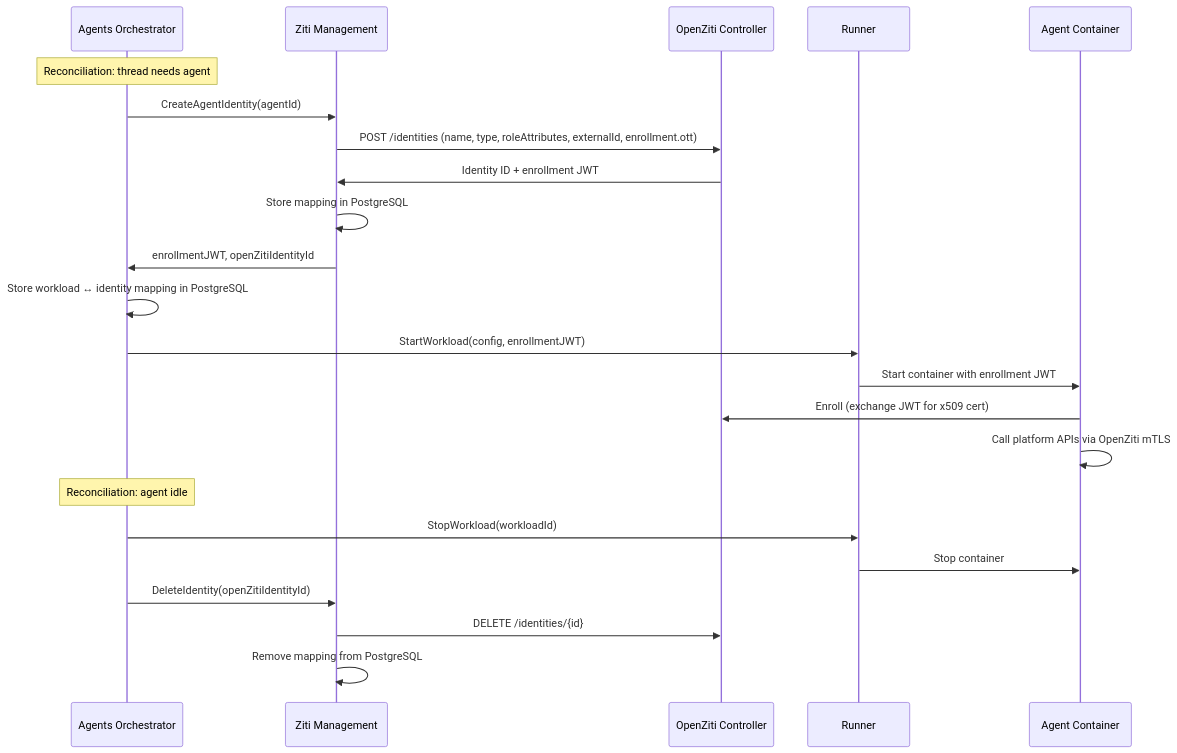
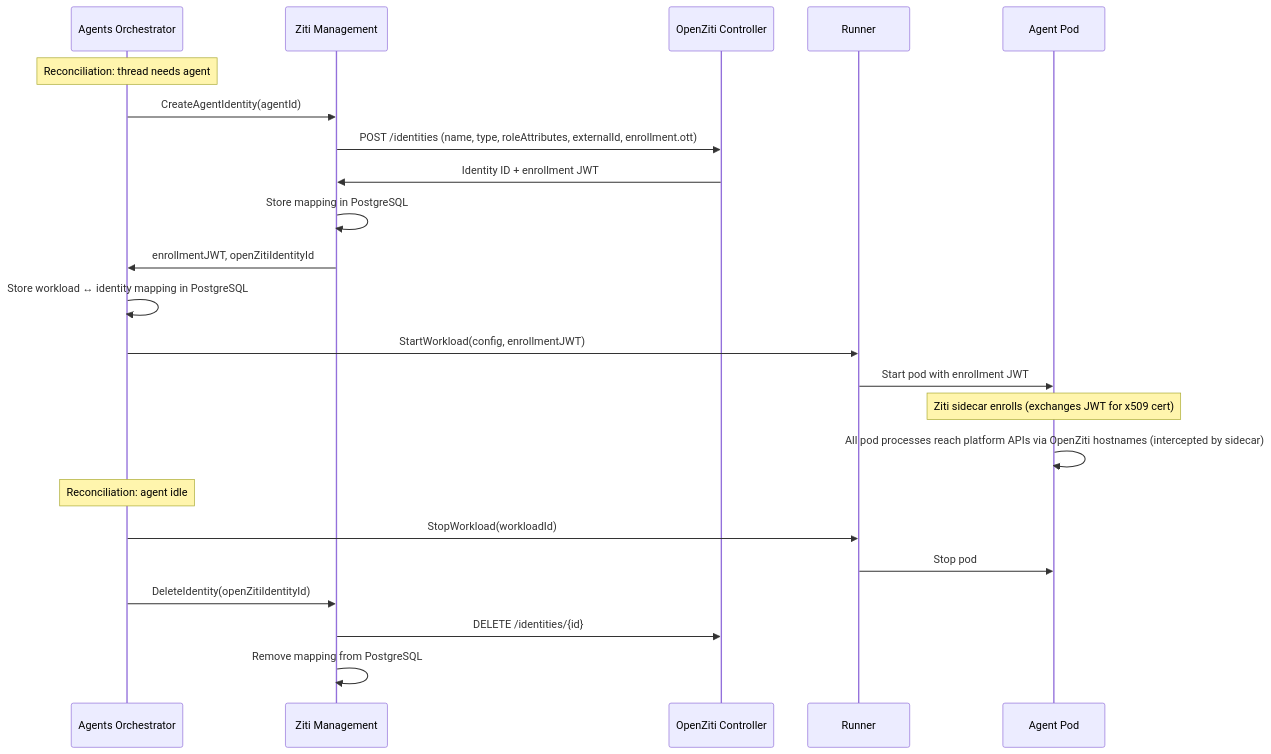
The first of 5 diagrams in architecture/openziti.md (agynio/architecture), drawn with Mermaid before and after one commit. The commit also changed other lines of this file and 11 other files, not shown here.

First line of the commit message:
fix: agent containers use Ziti sidecar instead of embedded SDK (#83)

````diff
--- a/architecture/openziti.md
+++ b/architecture/openziti.md
@@ -98,27 +102,27 @@
 ```mermaid
 sequenceDiagram
     participant O as Agents Orchestrator
     participant ZM as Ziti Management
     participant ZC as OpenZiti Controller
     participant R as Runner
-    participant A as Agent Container
+    participant A as Agent Pod
 
     Note over O: Reconciliation: thread needs agent
     O->>ZM: CreateAgentIdentity(agentId)
     ZM->>ZC: POST /identities (name, type, roleAttributes, externalId, enrollment.ott)
     ZC->>ZM: Identity ID + enrollment JWT
     ZM->>ZM: Store mapping in PostgreSQL
     ZM->>O: enrollmentJWT, openZitiIdentityId
     O->>O: Store workload ↔ identity mapping in PostgreSQL
     O->>R: StartWorkload(config, enrollmentJWT)
-    R->>A: Start container with enrollment JWT
-    A->>ZC: Enroll (exchange JWT for x509 cert)
-    A->>A: Call platform APIs via OpenZiti mTLS
+    R->>A: Start pod with enrollment JWT
+    Note over A: Ziti sidecar enrolls (exchanges JWT for x509 cert)
+    A->>A: All pod processes reach platform APIs via OpenZiti hostnames (intercepted by sidecar)
 
     Note over O: Reconciliation: agent idle
     O->>R: StopWorkload(workloadId)
-    R->>A: Stop container
+    R->>A: Stop pod
     O->>ZM: DeleteIdentity(openZitiIdentityId)
     ZM->>ZC: DELETE /identities/{id}
     ZM->>ZM: Remove mapping from PostgreSQL
 ```
````
